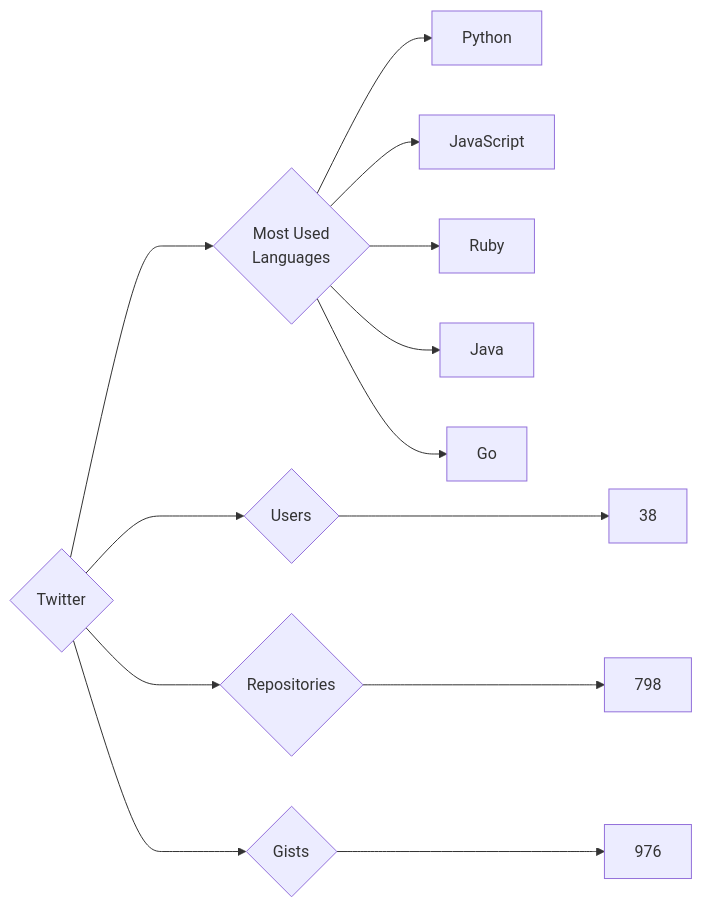
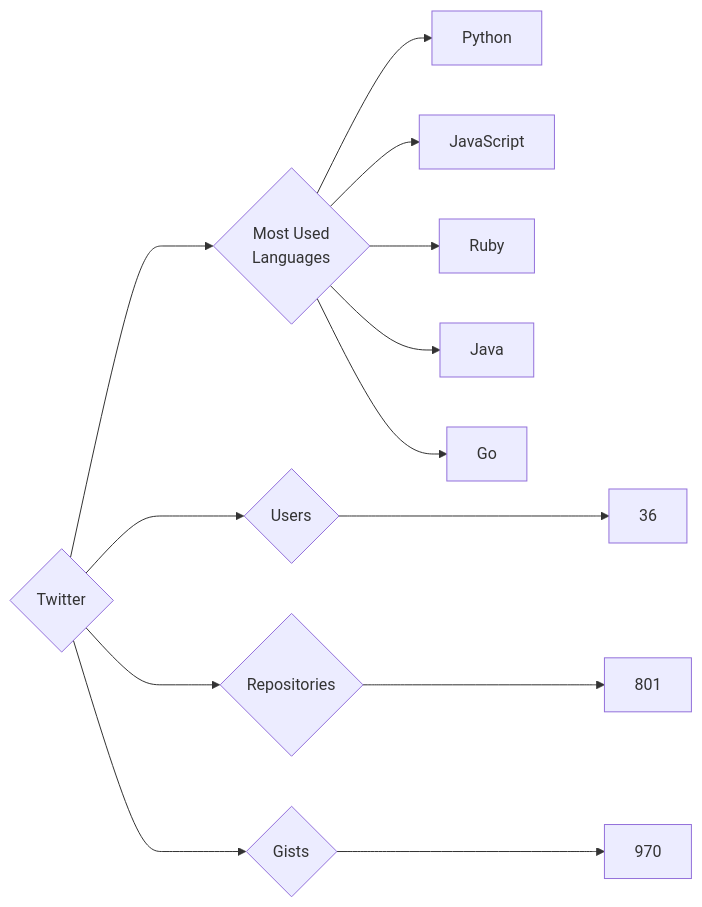
The diagram in targets/Twitter/README.md (trickest/insiders), drawn with Mermaid before and after one commit. The commit also changed 799 other files, not shown here.

````diff
--- a/targets/Twitter/README.md
+++ b/targets/Twitter/README.md
@@ -3,13 +3,13 @@
 ```mermaid
 graph LR
 COMPANY_NAME{Twitter}
-COMPANY_NAME ---> U{Users} ---> UN[38]
-COMPANY_NAME ---> R{Repositories} ---> RN[798]
-COMPANY_NAME ---> G{Gists} ---> GN[976]
+COMPANY_NAME ---> U{Users} ---> UN[36]
+COMPANY_NAME ---> R{Repositories} ---> RN[801]
+COMPANY_NAME ---> G{Gists} ---> GN[970]
 COMPANY_NAME ---> ML{Most Used<br>Languages}
 ML --> Python[Python]
 ML --> JavaScript[JavaScript]
 ML --> Ruby[Ruby]
 ML --> Java[Java]
 ML --> Go[Go]
 ```
````
